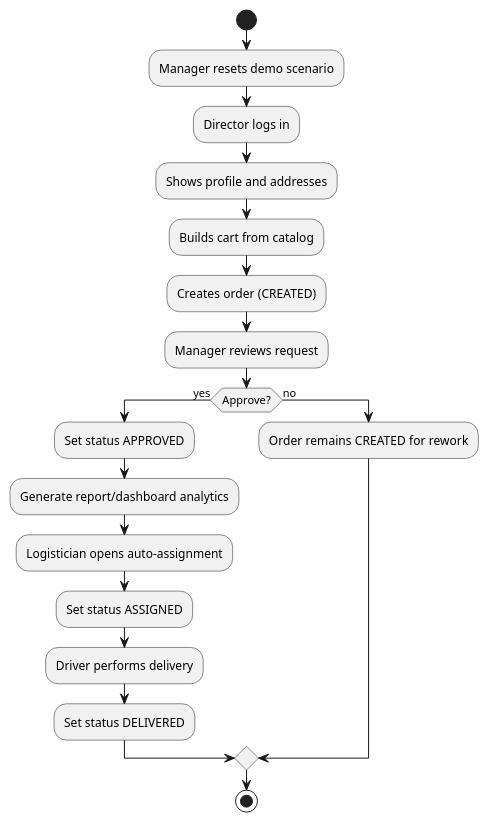
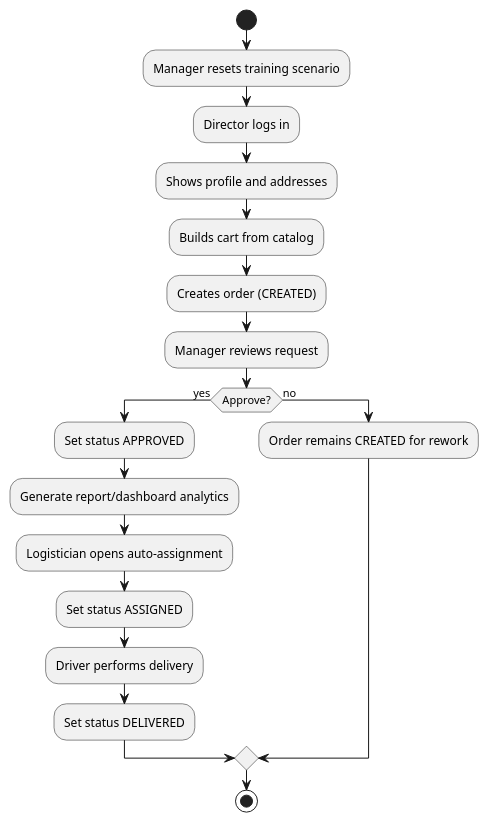
The diagram in docs/diagrams/activity.puml (mkmacupe/farmer), drawn with PlantUML before and after one commit. The commit also changed 34 other files, not shown here.

```diff
--- a/docs/diagrams/activity.puml
+++ b/docs/diagrams/activity.puml
@@ -1,21 +1,21 @@
 @startuml
 start
-:Manager resets demo scenario;
+:Manager resets training scenario;
 :Director logs in;
 :Shows profile and addresses;
 :Builds cart from catalog;
 :Creates order (CREATED);
 
 :Manager reviews request;
 if (Approve?) then (yes)
   :Set status APPROVED;
   :Generate report/dashboard analytics;
   :Logistician opens auto-assignment;
   :Set status ASSIGNED;
   :Driver performs delivery;
   :Set status DELIVERED;
 else (no)
   :Order remains CREATED for rework;
 endif
 stop
 @enduml
```
